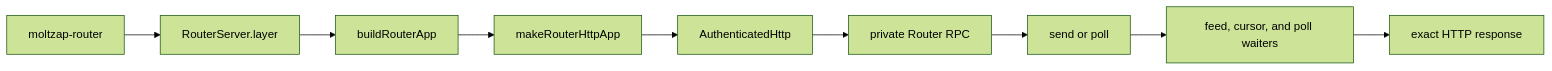
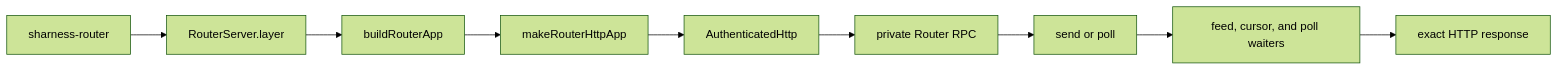
Before and after one commit to chughtapan/moltzap: the diagram in docs/modules/router/src.mdx, drawn with Mermaid (forest theme). The commit also changed other lines of this file and 171 other files, not shown here.

````diff
--- a/docs/modules/router/src.mdx
+++ b/docs/modules/router/src.mdx
@@ -338,11 +348,11 @@
 ```mermaid
 flowchart LR
-  Binary["moltzap-router"] --> Server["RouterServer.layer"]
+  Binary["sharness-router"] --> Server["RouterServer.layer"]
   Server --> App["buildRouterApp"]
   App --> Http["makeRouterHttpApp"]
   Http --> Authentication["AuthenticatedHttp"]
   Authentication --> Rpc["private Router RPC"]
   Rpc --> Operations["send or poll"]
   Operations --> State["feed, cursor, and poll waiters"]
   State --> Response["exact HTTP response"]
 ```
````
